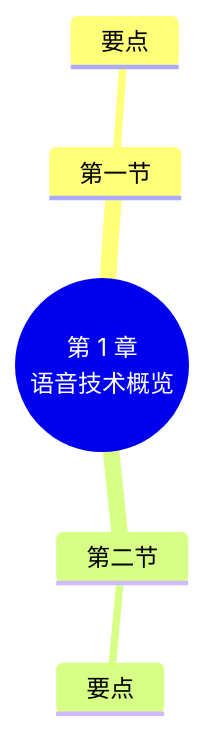
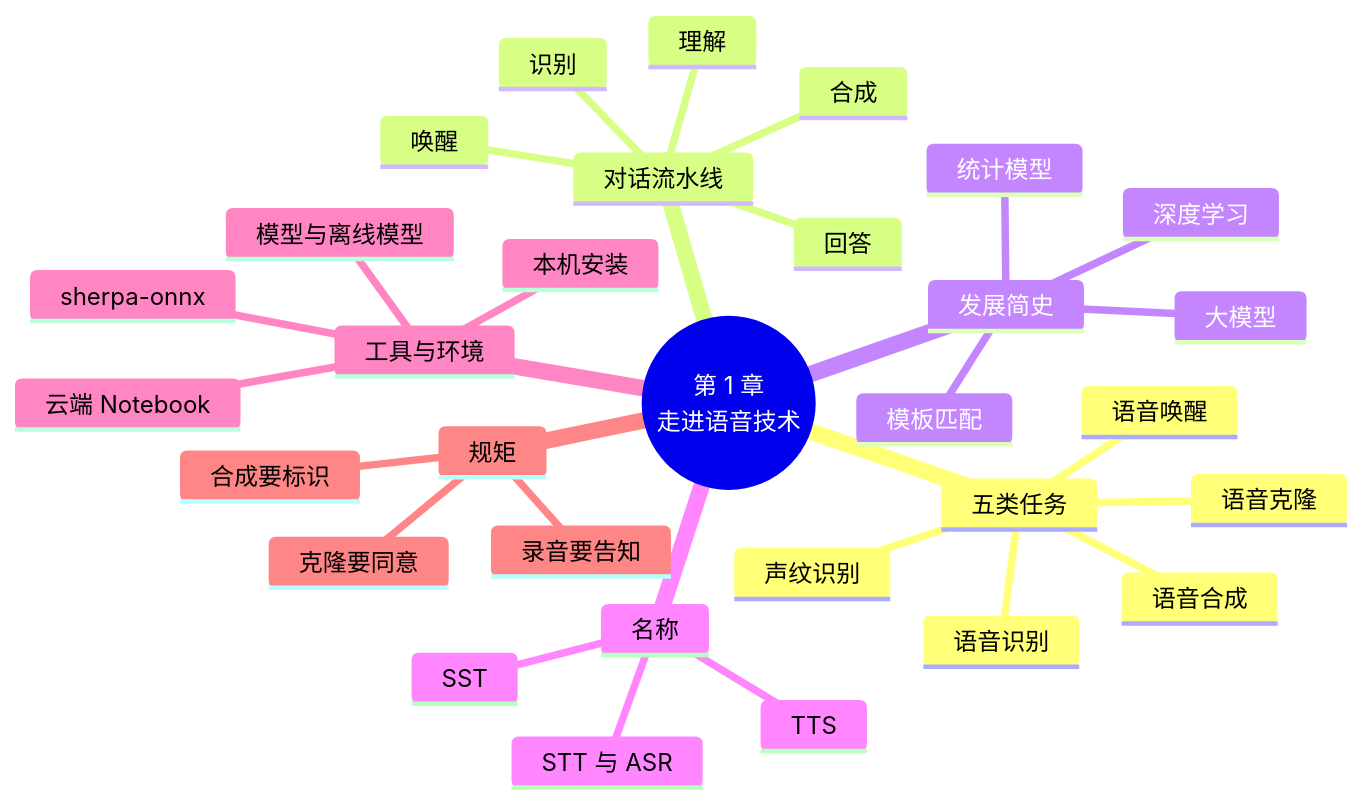
Before and after one commit to MingziFu9/speech-textbook: the second of 2 diagrams in docs/chapters/01-overview/index.md, drawn with Mermaid. The commit also changed other lines of this file and 15 other files, not shown here.

````diff
--- a/docs/chapters/01-overview/index.md
+++ b/docs/chapters/01-overview/index.md
@@ -227,8 +531,34 @@
 ```mermaid
 mindmap
-  root((第 1 章<br/>语音技术概览))
-    第一节
-      要点
-    第二节
-      要点
+  root((第 1 章<br/>走进语音技术))
+    五类任务
+      语音识别
+      语音合成
+      声纹识别
+      语音克隆
+      语音唤醒
+    对话流水线
+      唤醒
+      识别
+      理解
+      回答
+      合成
+    发展简史
+      模板匹配
+      统计模型
+      深度学习
+      大模型
+    名称
+      TTS
+      STT 与 ASR
+      SST
+    工具与环境
+      模型与离线模型
+      sherpa-onnx
+      云端 Notebook
+      本机安装
+    规矩
+      录音要告知
+      克隆要同意
+      合成要标识
 ```
````
